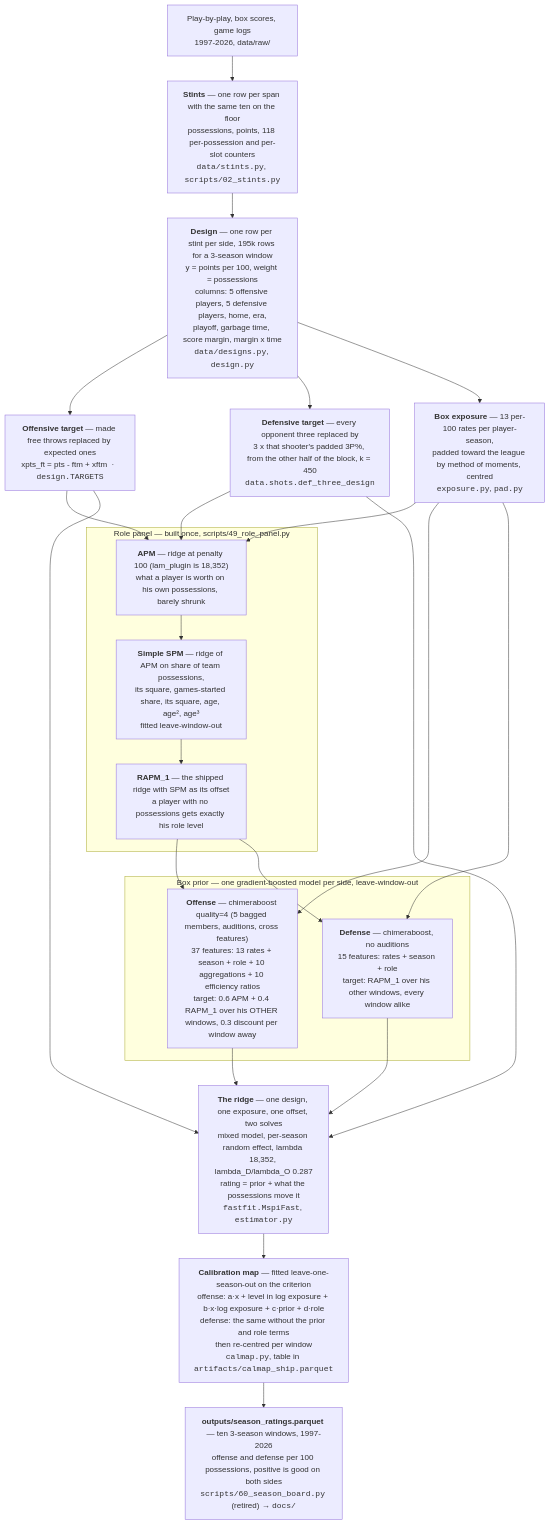
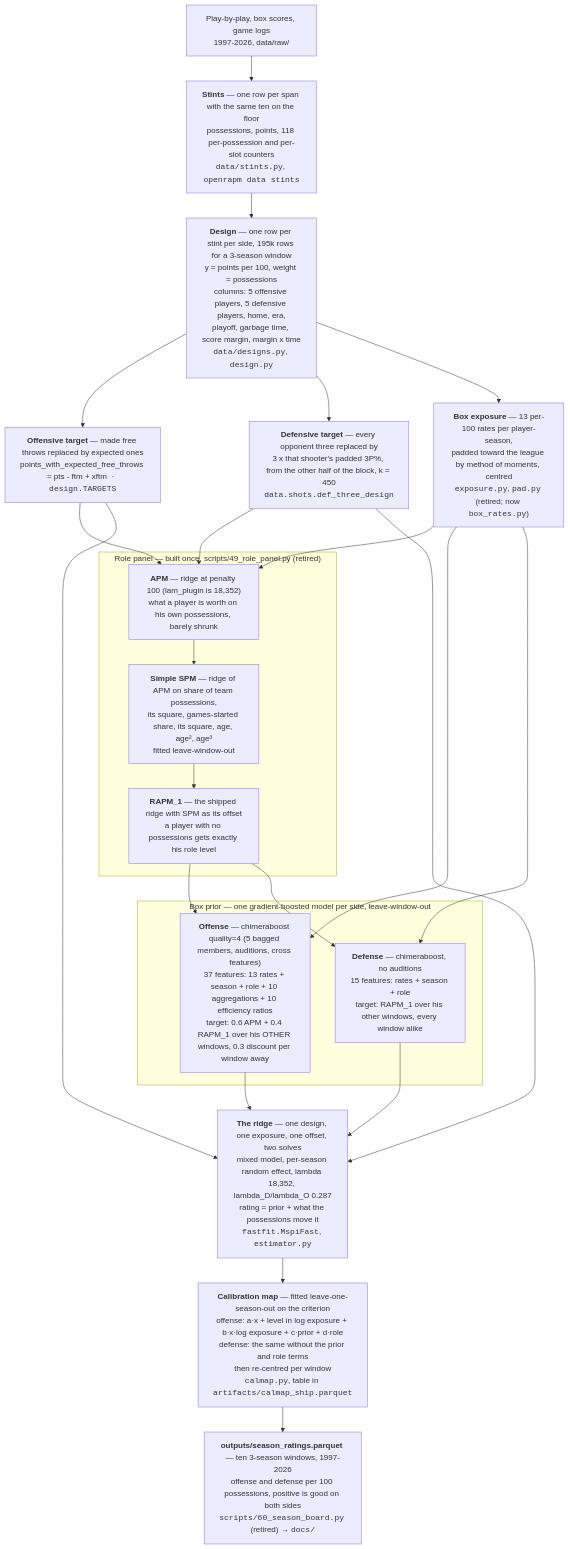
Before and after one commit to bbstats/openrapm: the third of 4 diagrams in PIPELINE.md, drawn with Mermaid. The commit also changed other lines of this file and 73 other files, not shown here.

First line of the commit message:
Plain feature names; one season-panel builder replaces scripts 49, 65, 69 and 86

````diff
--- a/PIPELINE.md
+++ b/PIPELINE.md
@@ -127,47 +127,47 @@
 ```mermaid
 flowchart TD
     RAW["Play-by-play, box scores, game logs<br/>1997-2026, data/raw/"]
-    ST["<b>Stints</b> — one row per span with the same ten on the floor<br/>possessions, points, 118 per-possession and per-slot counters<br/><code>data/stints.py</code>, <code>scripts/02_stints.py</code>"]
+    ST["<b>Stints</b> — one row per span with the same ten on the floor<br/>possessions, points, 118 per-possession and per-slot counters<br/><code>data/stints.py</code>, <code>openrapm data stints</code>"]
     DES["<b>Design</b> — one row per stint per side, 195k rows for a 3-season window<br/>y = points per 100, weight = possessions<br/>columns: 5 offensive players, 5 defensive players, home, era,<br/>playoff, garbage time, score margin, margin x time<br/><code>data/designs.py</code>, <code>design.py</code>"]
-    TGO["<b>Offensive target</b> — made free throws replaced by expected ones<br/>xpts_ft = pts - ftm + xftm  ·  <code>design.TARGETS</code>"]
+    TGO["<b>Offensive target</b> — made free throws replaced by expected ones<br/>points_with_expected_free_throws = pts - ftm + xftm  ·  <code>design.TARGETS</code>"]
     TGD["<b>Defensive target</b> — every opponent three replaced by<br/>3 x that shooter's padded 3P%, from the other half of the block, k = 450<br/><code>data.shots.def_three_design</code>"]
-    EXP["<b>Box exposure</b> — 13 per-100 rates per player-season,<br/>padded toward the league by method of moments, centred<br/><code>exposure.py</code>, <code>pad.py</code>"]
+    EXP["<b>Box exposure</b> — 13 per-100 rates per player-season,<br/>padded toward the league by method of moments, centred<br/><code>exposure.py</code>, <code>pad.py</code> (retired; now <code>box_rates.py</code>)"]
 
     RAW --> ST --> DES
     DES --> TGO
     DES --> TGD
     DES --> EXP
 
-    subgraph PANEL["Role panel — built once, scripts/49_role_panel.py"]
+    subgraph PANEL["Role panel — built once, scripts/49_role_panel.py (retired)"]
         APM["<b>APM</b> — ridge at penalty 100 (lam_plugin is 18,352)<br/>what a player is worth on his own possessions, barely shrunk"]
         SPM["<b>Simple SPM</b> — ridge of APM on share of team possessions,<br/>its square, games-started share, its square, age, age², age³<br/>fitted leave-window-out"]
         R1["<b>RAPM_1</b> — the shipped ridge with SPM as its offset<br/>a player with no possessions gets exactly his role level"]
         APM --> SPM --> R1
     end
 
     EXP --> APM
     TGO --> APM
     TGD --> APM
 
     subgraph PRIOR["Box prior — one gradient-boosted model per side, leave-window-out"]
         PO["<b>Offense</b> — chimeraboost quality=4 (5 bagged members, auditions, cross features)<br/>37 features: 13 rates + season + role + 10 aggregations + 10 efficiency ratios<br/>target: 0.6 APM + 0.4 RAPM_1 over his OTHER windows, 0.3 discount per window away"]
         PD["<b>Defense</b> — chimeraboost, no auditions<br/>15 features: rates + season + role<br/>target: RAPM_1 over his other windows, every window alike"]
     end
 
     R1 --> PO
     R1 --> PD
     EXP --> PO
     EXP --> PD
 
     RIDGE["<b>The ridge</b> — one design, one exposure, one offset, two solves<br/>mixed model, per-season random effect, lambda 18,352, lambda_D/lambda_O 0.287<br/>rating = prior + what the possessions move it<br/><code>fastfit.MspiFast</code>, <code>estimator.py</code>"]
     PO --> RIDGE
     PD --> RIDGE
     TGO --> RIDGE
     TGD --> RIDGE
 
     MAP["<b>Calibration map</b> — fitted leave-one-season-out on the criterion<br/>offense: a·x + level in log exposure + b·x·log exposure + c·prior + d·role<br/>defense: the same without the prior and role terms<br/>then re-centred per window<br/><code>calmap.py</code>, table in <code>artifacts/calmap_ship.parquet</code>"]
     RIDGE --> MAP
 
     OUT["<b>outputs/season_ratings.parquet</b> — ten 3-season windows, 1997-2026<br/>offense and defense per 100 possessions, positive is good on both sides<br/><code>scripts/60_season_board.py</code> (retired) → <code>docs/</code>"]
     MAP --> OUT
 ```
````
